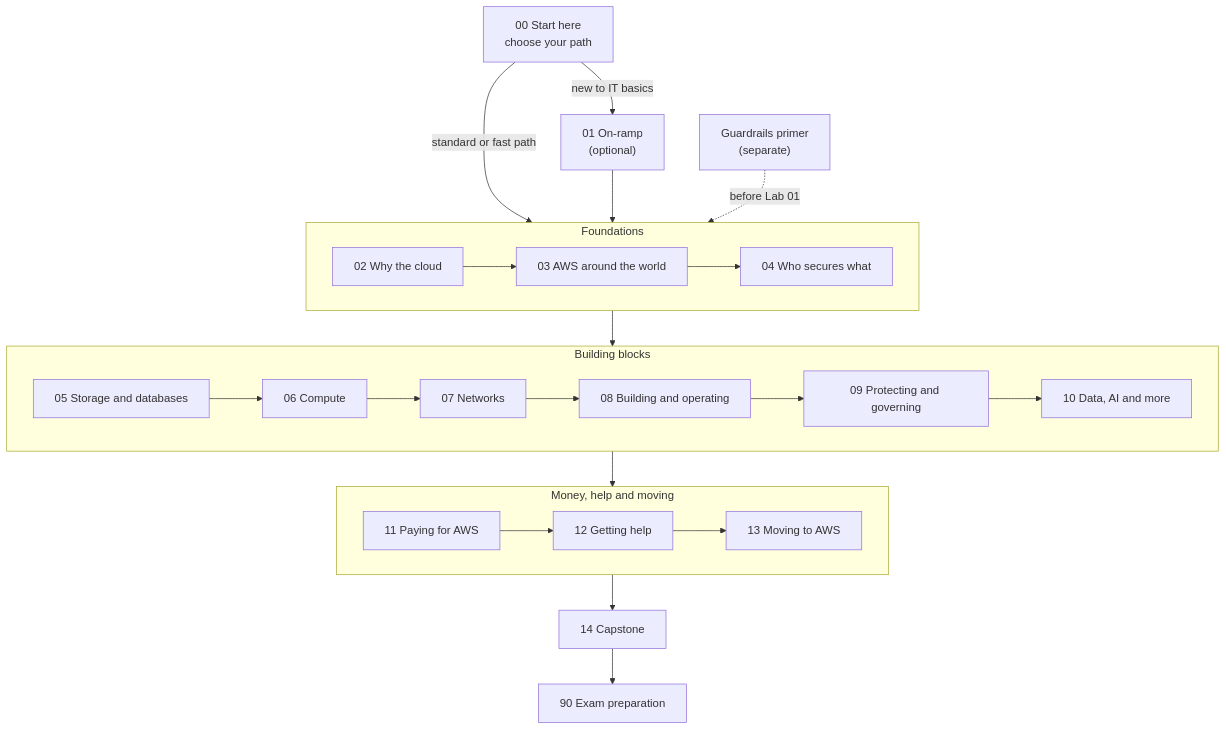
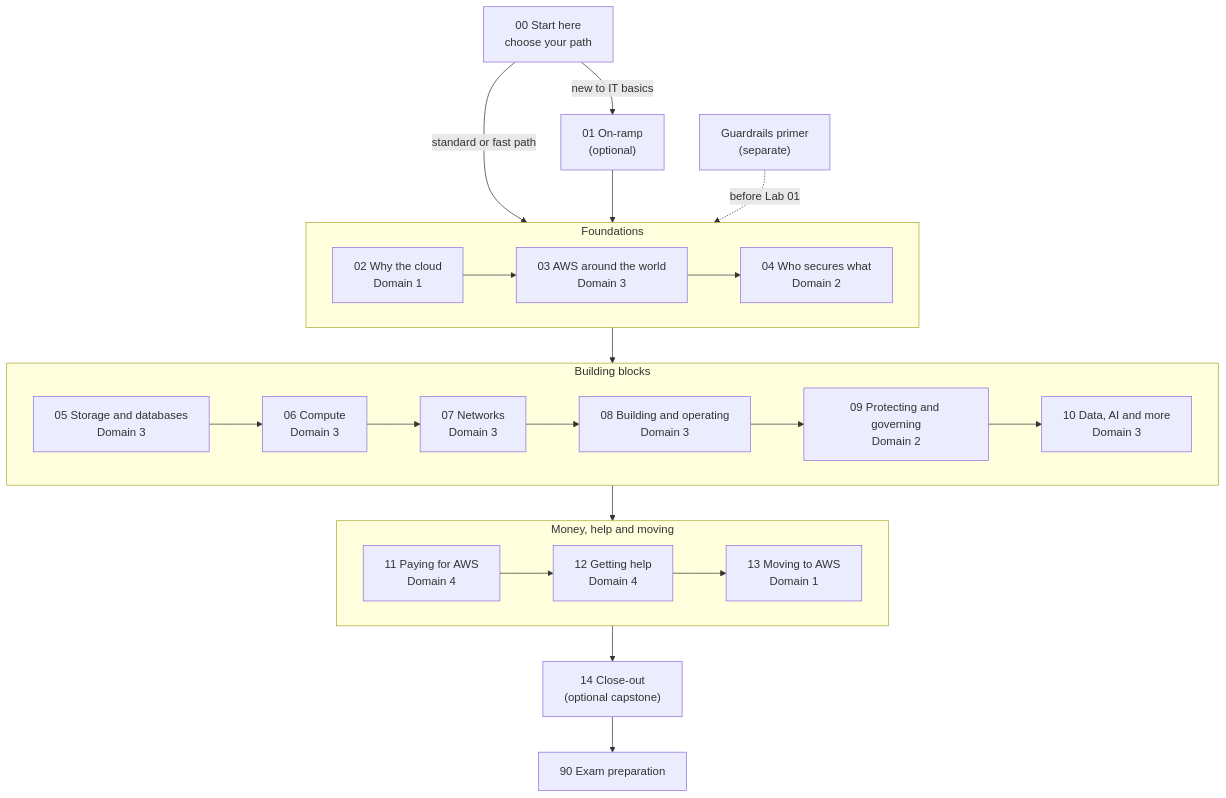
One commit to AutomateTheCloud/atc-study-aws_certified_cloud_practitioner changed the diagram in guide/00-start-here/01-welcome.md. Above: the diagram before and after it, drawn with Mermaid. The commit also changed other lines of this file and 15 other files, not shown here.

First line of the commit message:
Group the start pages by exam domain and fix links to merged pages

````diff
--- a/guide/00-start-here/01-welcome.md
+++ b/guide/00-start-here/01-welcome.md
@@ -77,20 +97,20 @@
 ```mermaid
 flowchart TD
   accTitle: Map of the guide's modules and paths
-  accDescr: Every path joins the same sequence after Start here: an optional On-ramp for learners new to IT basics, then Foundations (modules 02 to 04), Building blocks (05 to 10), Money, help and moving (11 to 13), 14 Capstone and 90 Exam preparation. The separate guardrails primer must be done before Lab 01, the first lab, which is in module 02.
+  accDescr: Every path joins the same sequence after Start here: an optional On-ramp for learners new to IT basics, then Foundations (modules 02 to 04), Building blocks (05 to 10), Money, help and moving (11 to 13), 14 Close-out and 90 Exam preparation. Each module is labeled with the exam domain it mainly teaches. The separate guardrails primer must be done before Lab 01, the first lab, which is in module 02.
   S["00 Start here<br/>choose your path"] -->|"new to IT basics"| R["01 On-ramp<br/>(optional)"]
   S -->|"standard or fast path"| F
   R --> F
   P["Guardrails primer<br/>(separate)"] -.->|"before Lab 01"| F
   subgraph F["Foundations"]
-    M02["02 Why the cloud"] --> M03["03 AWS around the world"] --> M04["04 Who secures what"]
+    M02["02 Why the cloud<br/>Domain 1"] --> M03["03 AWS around the world<br/>Domain 3"] --> M04["04 Who secures what<br/>Domain 2"]
   end
   subgraph B["Building blocks"]
-    M05["05 Storage and databases"] --> M06["06 Compute"] --> M07["07 Networks"]
-    M07 --> M08["08 Building and operating"] --> M09["09 Protecting and governing"] --> M10["10 Data, AI and more"]
+    M05["05 Storage and databases<br/>Domain 3"] --> M06["06 Compute<br/>Domain 3"] --> M07["07 Networks<br/>Domain 3"]
+    M07 --> M08["08 Building and operating<br/>Domain 3"] --> M09["09 Protecting and governing<br/>Domain 2"] --> M10["10 Data, AI and more<br/>Domain 3"]
   end
   subgraph M["Money, help and moving"]
-    M11["11 Paying for AWS"] --> M12["12 Getting help"] --> M13["13 Moving to AWS"]
+    M11["11 Paying for AWS<br/>Domain 4"] --> M12["12 Getting help<br/>Domain 4"] --> M13["13 Moving to AWS<br/>Domain 1"]
   end
-  F --> B --> M --> C["14 Capstone"] --> E["90 Exam preparation"]
+  F --> B --> M --> C["14 Close-out<br/>(optional capstone)"] --> E["90 Exam preparation"]
 ```
````
